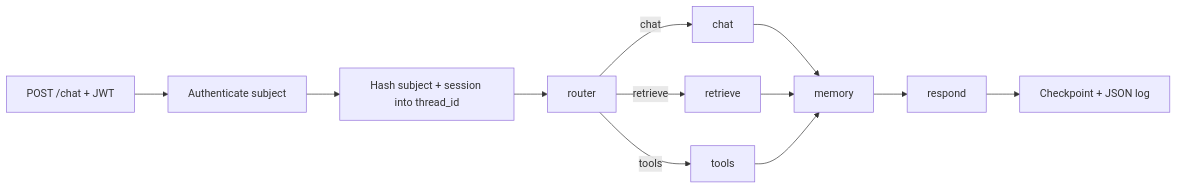
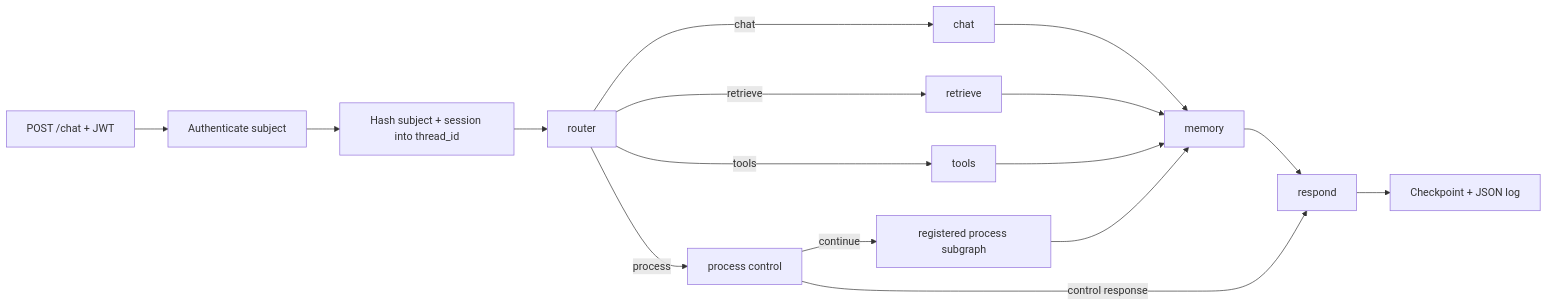
The diagram in skills/build-langgraph-chatbot/references/architecture.md (tonjk/chatbot-multi-node-template), drawn with Mermaid before and after one commit. The commit also changed other lines of this file and 19 other files, not shown here.

````diff
--- a/skills/build-langgraph-chatbot/references/architecture.md
+++ b/skills/build-langgraph-chatbot/references/architecture.md
@@ -9,14 +9,18 @@
 ```mermaid
 flowchart LR
   A["POST /chat + JWT"] --> B["Authenticate subject"]
   B --> C["Hash subject + session into thread_id"]
   C --> D["router"]
   D -->|"chat"| E["chat"]
   D -->|"retrieve"| F["retrieve"]
   D -->|"tools"| G["tools"]
+  D -->|"process"| K["process control"]
+  K -->|"continue"| L["registered process subgraph"]
   E --> H["memory"]
   F --> H
   G --> H
+  L --> H
+  K -->|"control response"| I
   H --> I["respond"]
   I --> J["Checkpoint + JSON log"]
 ```
````
